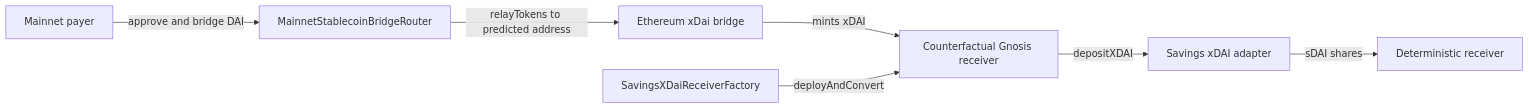
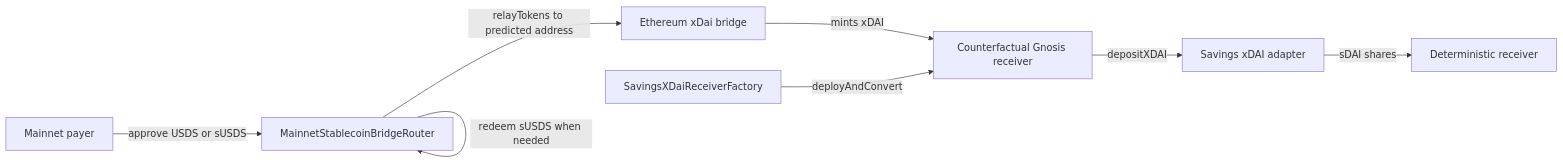
One commit to nocaeth/deterministic-bridger changed the first of 4 diagrams in README.md. Above: the diagram before and after it, drawn with Mermaid. The commit also changed other lines of this file and 15 other files, not shown here.

Commit message:
Add USDS and sUSDS router support

````diff
--- a/README.md
+++ b/README.md
@@ -29,17 +31,18 @@
 ```mermaid
 flowchart LR
   payer[Mainnet payer]
   router[MainnetStablecoinBridgeRouter]
   bridge[Ethereum xDai bridge]
   receiver[Counterfactual Gnosis receiver]
   factory[SavingsXDaiReceiverFactory]
   adapter[Savings xDAI adapter]
   owner[Deterministic receiver]
 
-  payer -->|approve and bridge DAI| router
+  payer -->|approve USDS or sUSDS| router
+  router -->|redeem sUSDS when needed| router
   router -->|relayTokens to predicted address| bridge
   bridge -->|mints xDAI| receiver
   factory -->|deployAndConvert| receiver
   receiver -->|depositXDAI| adapter
   adapter -->|sDAI shares| owner
 ```
````
